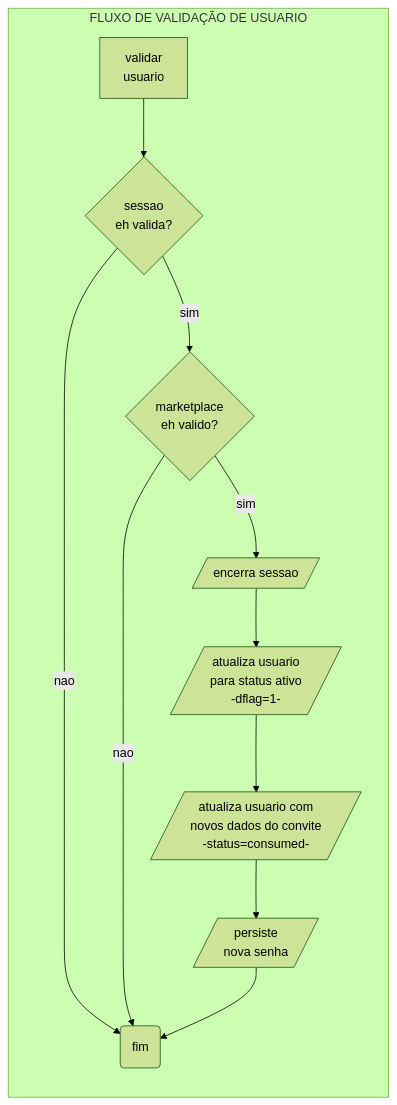
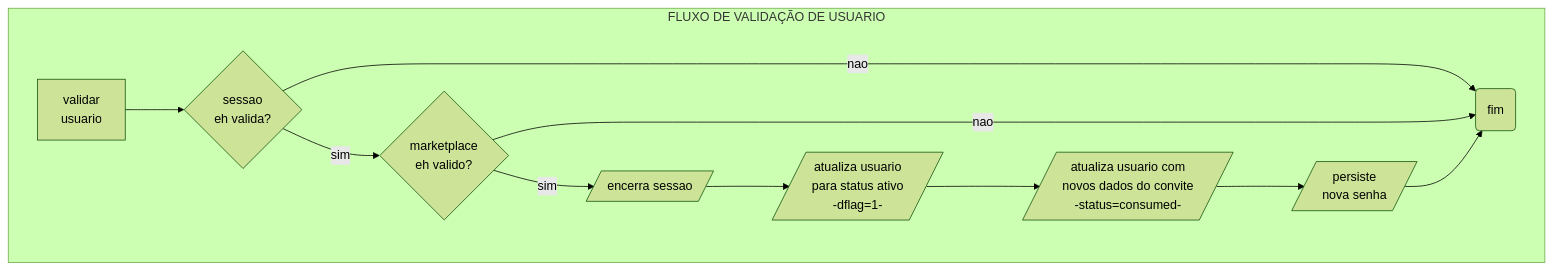
The second of 2 diagrams in README.md (NoulB/createUserDoc), drawn with Mermaid (forest theme) before and after one commit. The commit also changed other lines of this file, not shown here.

````diff
--- a/README.md
+++ b/README.md
@@ -104,26 +104,26 @@
 ``` mermaid
-  graph LR  
+  graph TD  
   
     %% PRE-LAUNCH SETUP" FLOW CHART SHAPES  
     RECEIVED_EMAIL["validar<br>usuario"]  
     VALID_SESSION?{sessao<br>eh valida?}  
     VALID_MARKETPLACE?{marketplace<br>eh valido?}  
     END_SESSION[/encerra sessao/]  
     UPDATE_USER_DFLAG_1[/atualiza usuario<br>para status ativo<br> -dflag=1-/]  
     INVITE_CONSUMED[/atualiza usuario com<br> novos dados do convite<br>-status=consumed-/]  
     PASSWORD_PERSIST[/persiste <br>nova senha/]  
     FINISH(fim)  
     
     %% CREATE FLOW CHART  
     subgraph FLUXO DE VALIDAÇÃO DE USUARIO  
     RECEIVED_EMAIL --> VALID_SESSION?  
     VALID_SESSION? --> |sim| VALID_MARKETPLACE?  
     VALID_SESSION? --> |nao| FINISH  
     VALID_MARKETPLACE? --> |sim| END_SESSION  
     VALID_MARKETPLACE? --> |nao| FINISH  
     END_SESSION --> UPDATE_USER_DFLAG_1  
     UPDATE_USER_DFLAG_1 --> INVITE_CONSUMED  
     INVITE_CONSUMED --> PASSWORD_PERSIST  
     PASSWORD_PERSIST --> FINISH  
     end  
 ```
````
